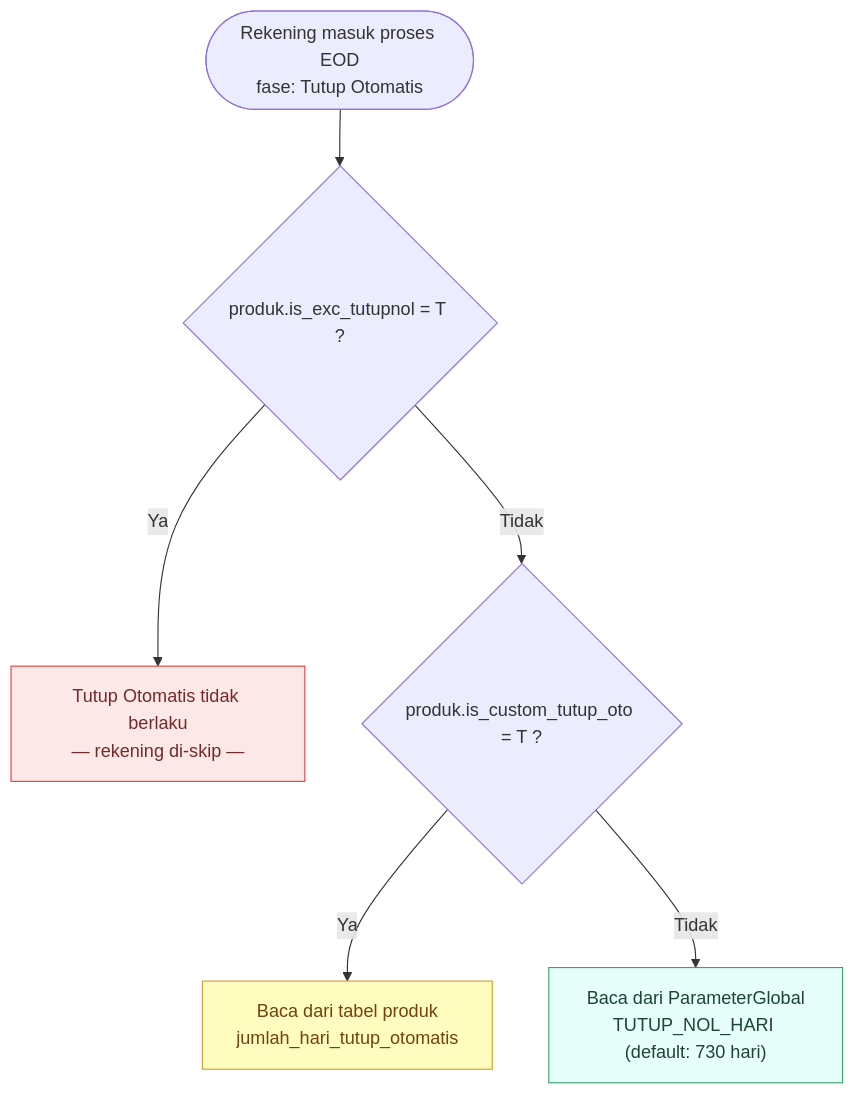
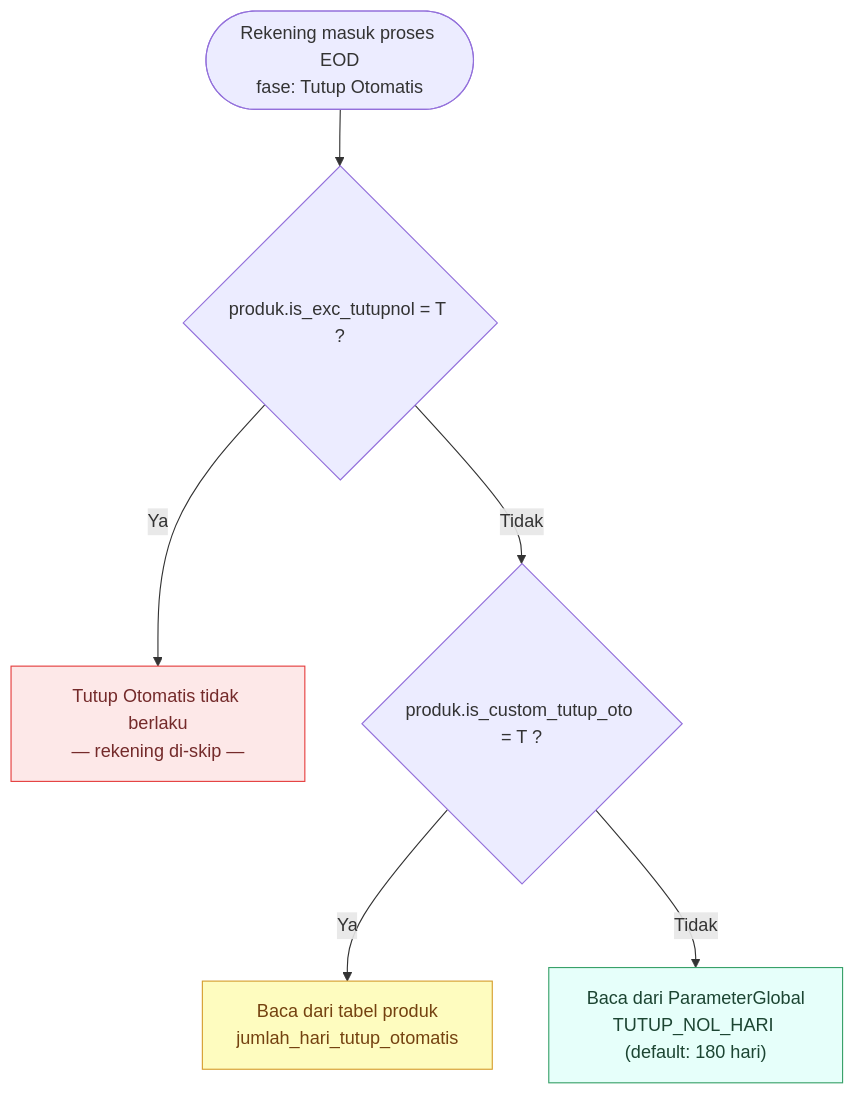
Before and after one commit to wisnu/ibank-docs: the fifth of 5 diagrams in docs/bcas/enhance_dormant/Design Plan.md, drawn with Mermaid. The commit also changed other lines of this file and 3 other files, not shown here.

````diff
--- a/docs/bcas/enhance_dormant/Design Plan.md
+++ b/docs/bcas/enhance_dormant/Design Plan.md
@@ -106,20 +106,20 @@
 ```mermaid
 flowchart TD
     START([Rekening masuk proses EOD\nfase: Tutup Otomatis]) --> CHK1
 
     CHK1{"produk.is_exc_tutupnol = T ?"}
     CHK1 -->|Ya| EXC["Tutup Otomatis tidak berlaku\n— rekening di-skip —"]
     CHK1 -->|Tidak| CHK2
 
     CHK2{"produk.is_custom_tutup_oto = T ?"}
     CHK2 -->|Ya| OVR["Baca dari tabel produk\njumlah_hari_tutup_otomatis"]
-    CHK2 -->|Tidak| DEF["Baca dari ParameterGlobal\nTUTUP_NOL_HARI (default: 730 hari)"]
+    CHK2 -->|Tidak| DEF["Baca dari ParameterGlobal\nTUTUP_NOL_HARI (default: 180 hari)"]
 
     EXC:::skip
     OVR:::produk
     DEF:::global
 
     classDef skip   fill:#fde8e8,stroke:#e53e3e,color:#742a2a
     classDef produk fill:#fefcbf,stroke:#d69e2e,color:#744210
     classDef global fill:#e6fffa,stroke:#38a169,color:#1c4532
 ```
````
